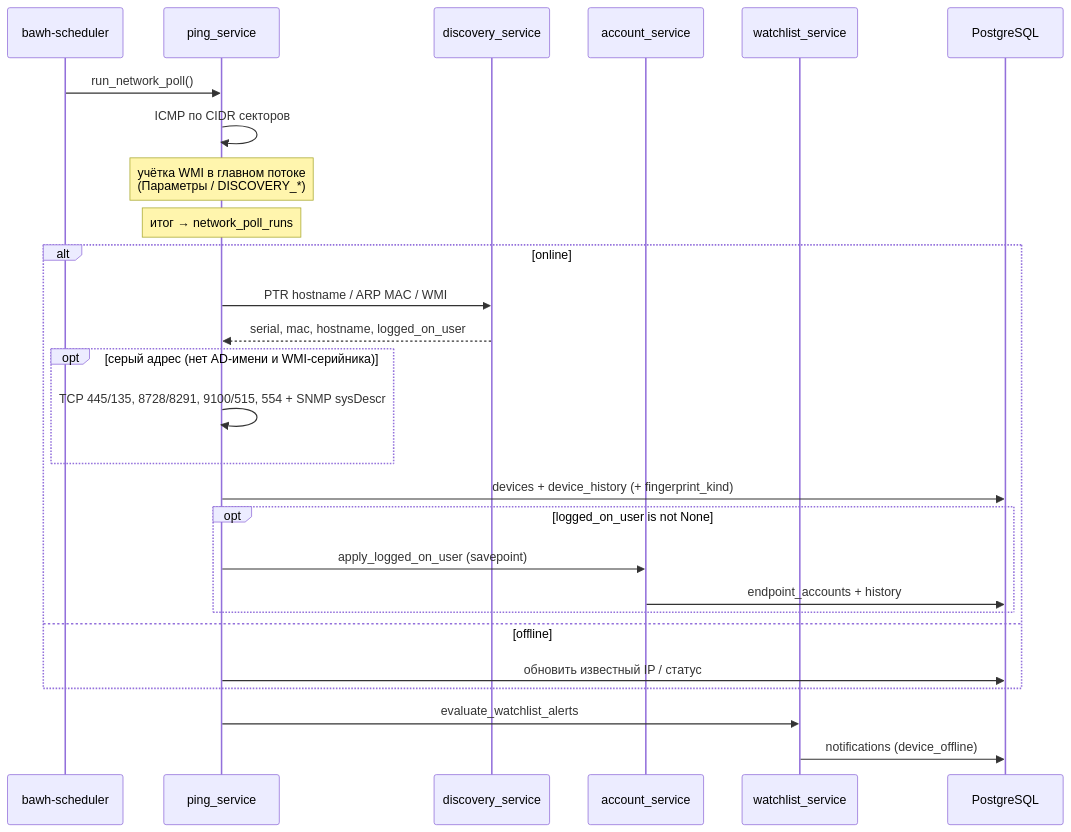
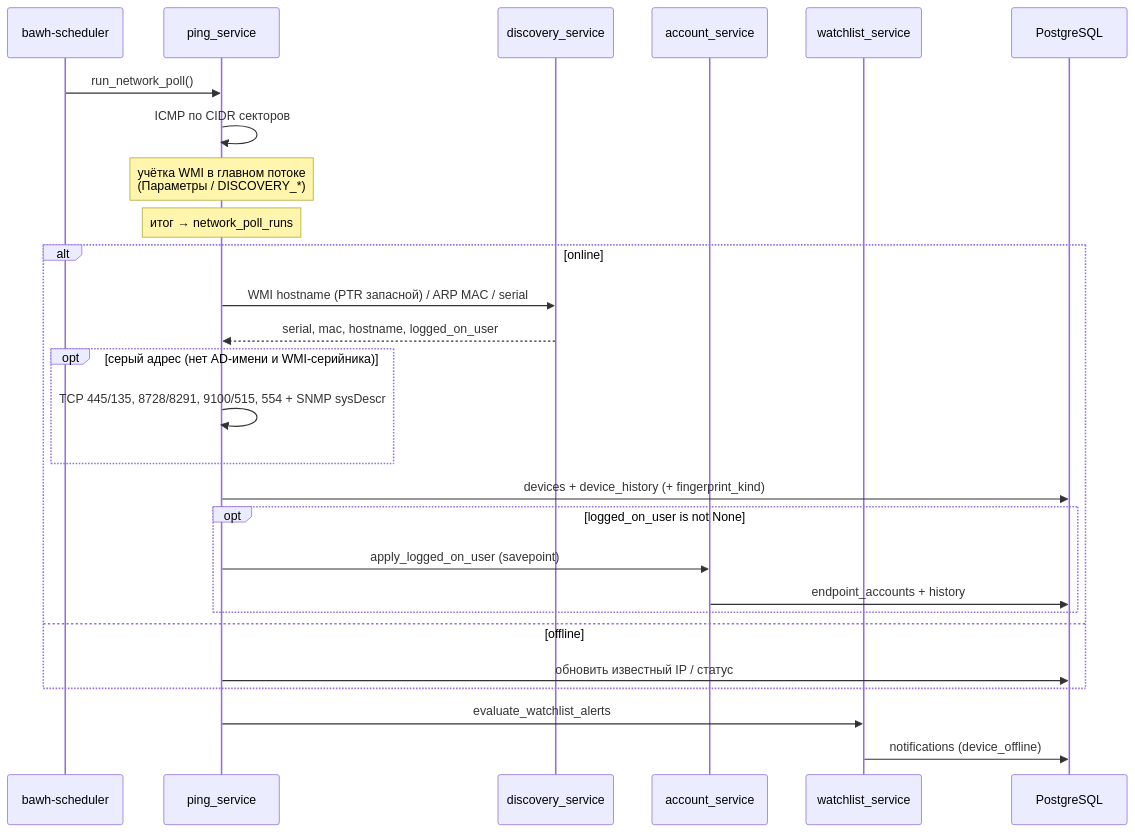
One commit to blazerity/admin-webhelper changed the second of 2 diagrams in docs/ARCHITECTURE.md. Above: the diagram before and after it, drawn with Mermaid. The commit also changed other lines of this file and 8 other files, not shown here.

First line of the commit message:
Обновить имена устройств с машин по WMI, не из PTR.

````diff
--- a/docs/ARCHITECTURE.md
+++ b/docs/ARCHITECTURE.md
@@ -523,30 +525,30 @@
 ```mermaid
 sequenceDiagram
   participant Sch as bawh-scheduler
   participant Ping as ping_service
   participant Disc as discovery_service
   participant Acc as account_service
   participant WL as watchlist_service
   participant DB as PostgreSQL
 
   Sch->>Ping: run_network_poll()
   Ping->>Ping: ICMP по CIDR секторов
   Note over Ping: учётка WMI в главном потоке<br/>(Параметры / DISCOVERY_*)
   Note over Ping: итог → network_poll_runs
   alt online
-    Ping->>Disc: PTR hostname / ARP MAC / WMI
+    Ping->>Disc: WMI hostname (PTR запасной) / ARP MAC / serial
     Disc-->>Ping: serial, mac, hostname, logged_on_user
     opt серый адрес (нет AD-имени и WMI-серийника)
       Ping->>Ping: TCP 445/135, 8728/8291, 9100/515, 554 + SNMP sysDescr
     end
     Ping->>DB: devices + device_history (+ fingerprint_kind)
     opt logged_on_user is not None
       Ping->>Acc: apply_logged_on_user (savepoint)
       Acc->>DB: endpoint_accounts + history
     end
   else offline
     Ping->>DB: обновить известный IP / статус
   end
   Ping->>WL: evaluate_watchlist_alerts
   WL->>DB: notifications (device_offline)
 ```
````
